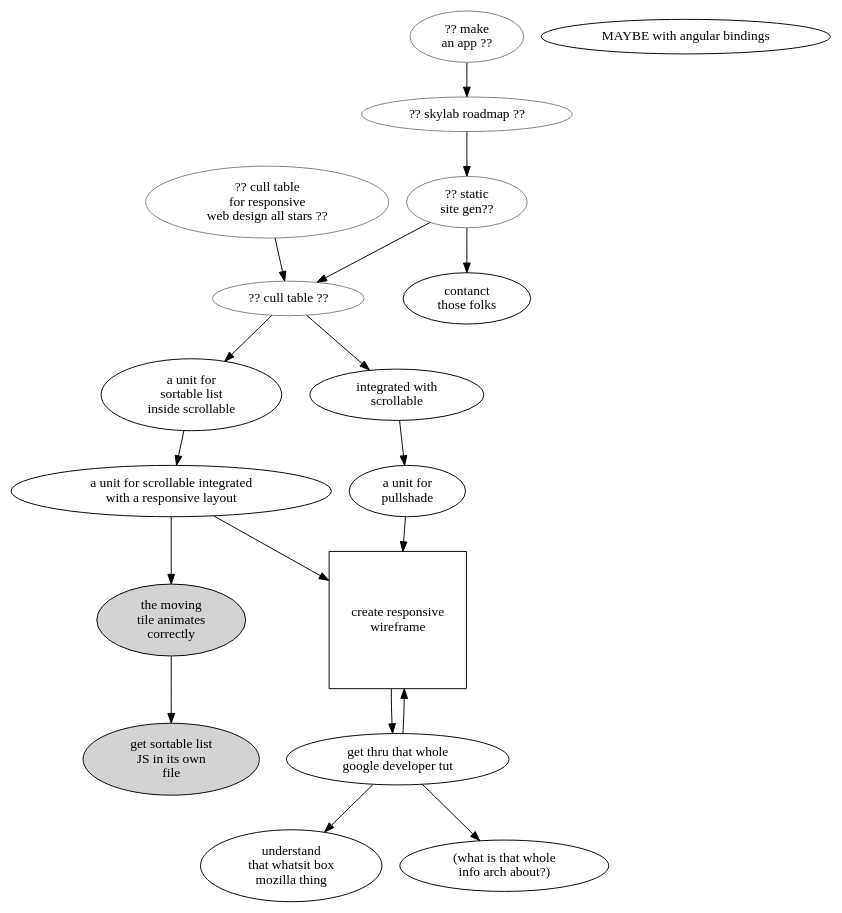
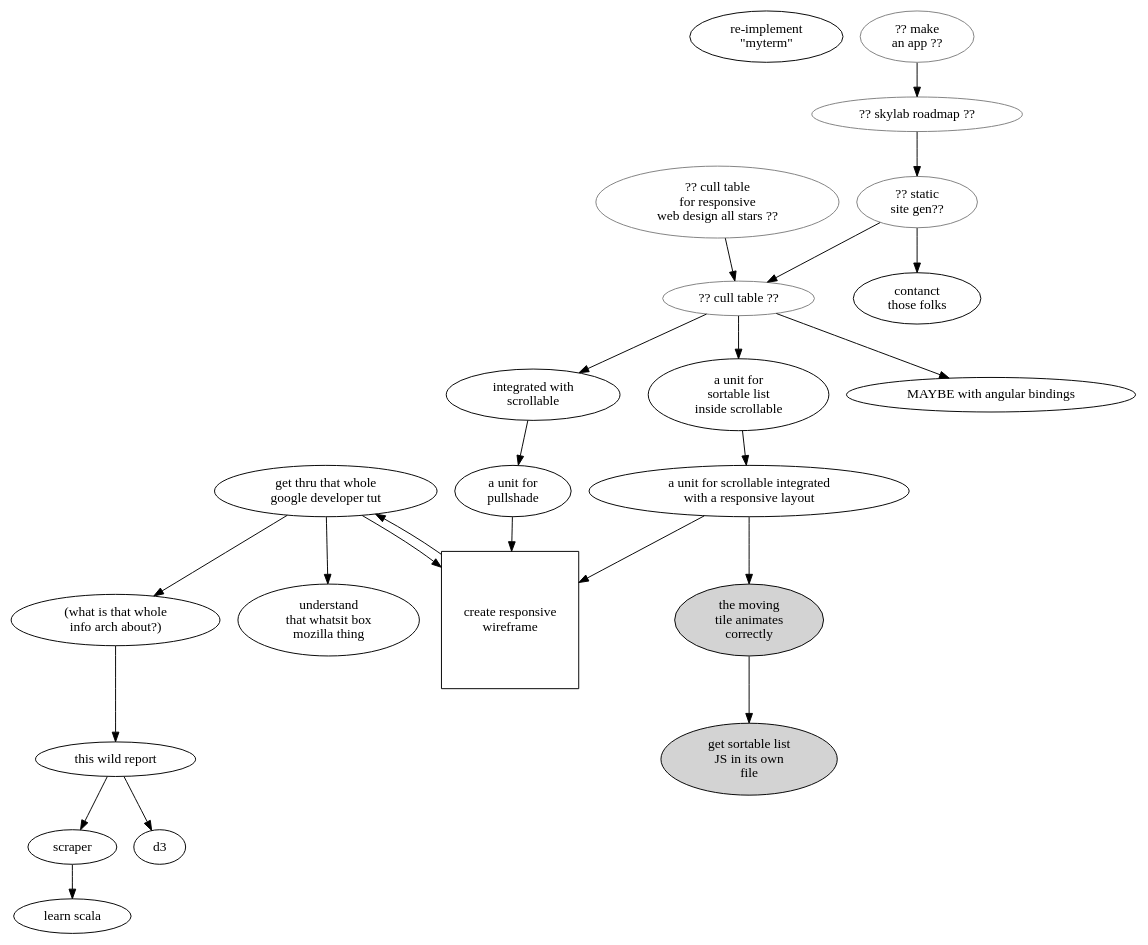
The diagram in sand-castle/doc/issues.dot (hipe/tmx), drawn with Graphviz before and after one commit. The commit also changed 85 other files, not shown here.

```diff
--- a/sand-castle/doc/issues.dot
+++ b/sand-castle/doc/issues.dot
@@ -1,46 +1,66 @@
 digraph g {
+
+_4 [label="re-implement\n\"myterm\""]
+
+// --
+
+_2c->_3
+_3 [label="learn scala"]
+
+// --
+
+_2c [label="scraper"]
+_2a->_2c
+_2b [label="d3"]
+_2a -> _2b
+
+_2a [label="this wild report"]
+tut_ -> _2a
+
+// ---
 
 app1 [label="?? make\nan app ??" color=grey];
 app1->plan;
 
 plan [label="?? skylab roadmap ??" color=grey];
 plan->ssg;
 
 ssg [label="?? static\nsite gen??" color=grey];
 ssg->ct;
 ssg->ctg;
 ctg [label="contanct\nthose folks"]
 
 ctfrwd [label="?? cull table\nfor responsive\nweb design all stars ??", color=grey]
 ctfrwd -> ct;
 
 ct [label="?? cull table ??", color=grey];
 ct->nxt; ct->atns;
 
 atns [label="integrated with\nscrollable"]
 atns->atn;
 
 atn [label="a unit for\npullshade"]
 atn->sq
 
 nxt [label="a unit for\nsortable list\ninside scrollable"] ; nxt->three;
 
 moz [label="understand\nthat whatsit box\nmozilla thing"] ; tut->moz;
 
 sq [label="create responsive\nwireframe" shape=square] ; sq->tut ; tut->sq;
 three->sq
 three->two
 
 
 tut [label="get thru that whole\ngoogle developer tut"]
 
 tut -> tut_ ; tut_ [label="(what is that whole\ninfo arch about?)"]
 
 one [label="get sortable list\nJS in its own\nfile" style=filled]
 two [label="the moving\ntile animates\ncorrectly" style=filled]
 
 three [label="a unit for scrollable integrated\nwith a responsive layout"]
 four [label="MAYBE with angular bindings"]
+ct->four
 
 two->one
 }
```
